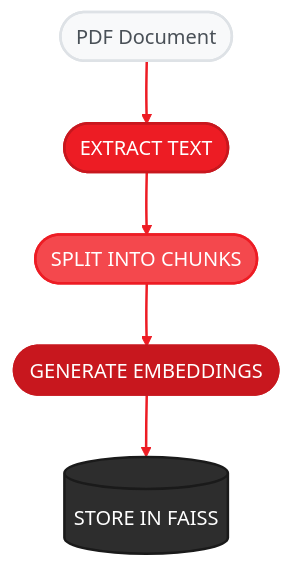
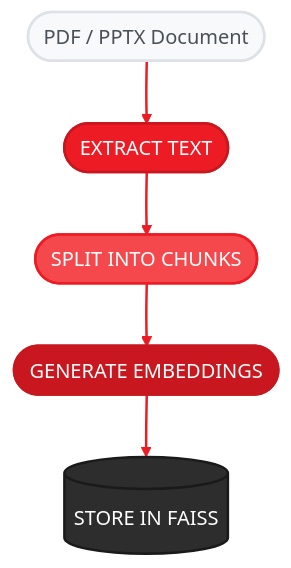
One commit to amd/gaia changed the first of 6 diagrams in docs/sdk/sdks/rag.mdx. Above: the diagram before and after it, drawn with Mermaid. The commit also changed 2 other files, not shown here.

Commit message:
fix(rag): address PPTX review feedback — import ordering, docs, logging

````diff
--- a/docs/sdk/sdks/rag.mdx
+++ b/docs/sdk/sdks/rag.mdx
@@ -62,16 +62,16 @@
 ```mermaid
 %%{init: {'theme':'base', 'themeVariables': { 'primaryColor':'#ED1C24', 'primaryTextColor':'#fff', 'primaryBorderColor':'#C8171E', 'lineColor':'#F4484D', 'secondaryColor':'#2d2d2d', 'tertiaryColor':'#f5f5f5', 'fontFamily': 'system-ui, -apple-system, sans-serif'}}}%%
 flowchart TD
-    A(["PDF Document"]) --> B(["EXTRACT TEXT"])
+    A(["PDF / PPTX Document"]) --> B(["EXTRACT TEXT"])
     B --> C(["SPLIT INTO CHUNKS"])
     C --> D(["GENERATE EMBEDDINGS"])
     D --> E[("STORE IN FAISS")]
 
     style A fill:#f8f9fa,stroke:#dee2e6,stroke-width:2px,color:#495057
     style B fill:#ED1C24,stroke:#C8171E,stroke-width:2px,color:#fff
     style C fill:#F4484D,stroke:#ED1C24,stroke-width:2px,color:#fff
     style D fill:#C8171E,stroke:#C8171E,stroke-width:2px,color:#fff
     style E fill:#2d2d2d,stroke:#1a1a1a,stroke-width:2px,color:#fff
 
     linkStyle 0,1,2,3 stroke:#ED1C24,stroke-width:2px
 ```
````
